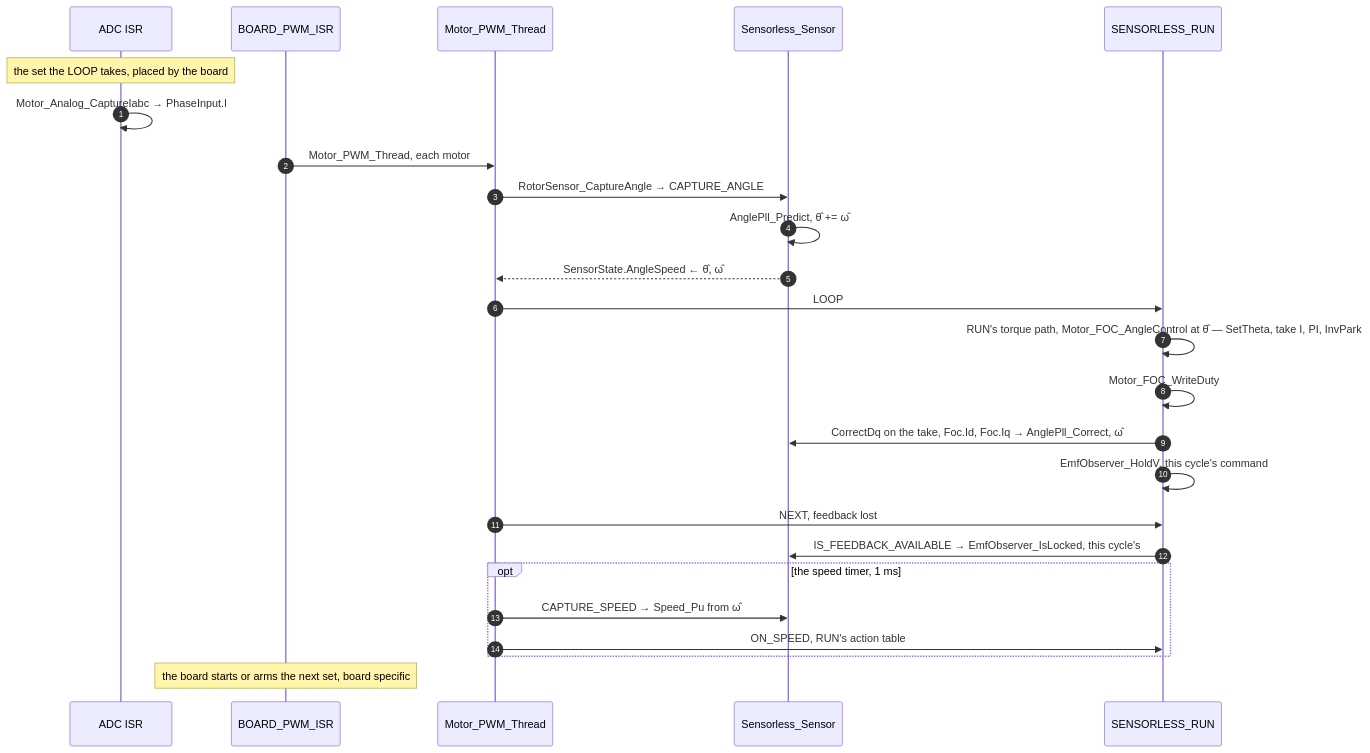
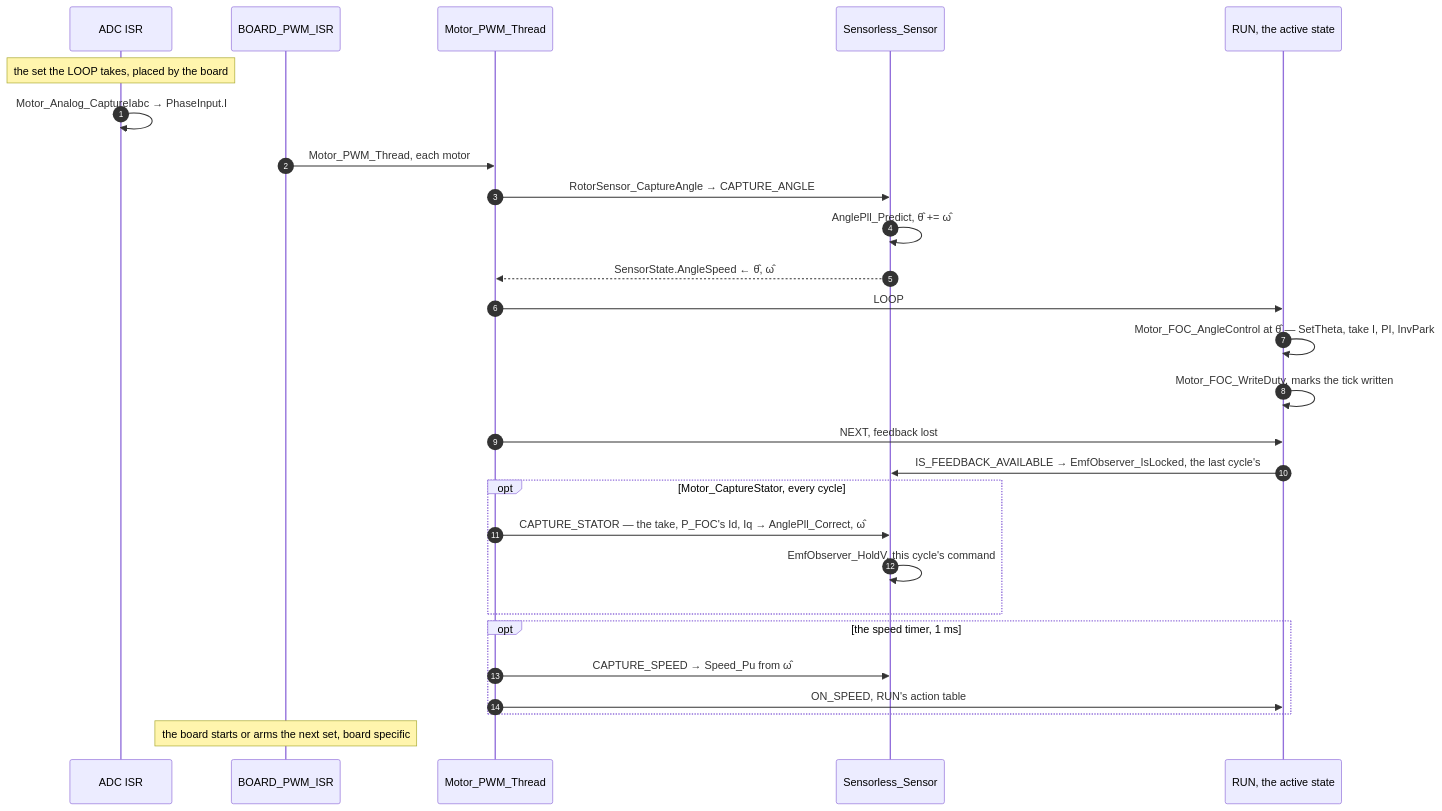
Before and after one commit to FireSourcery/FireSourcery_Library: the third of 9 diagrams in Motor/Docs/Sensorless.md, drawn with Mermaid. The commit also changed other lines of this file and 25 other files, not shown here.

````diff
--- a/Motor/Docs/Sensorless.md
+++ b/Motor/Docs/Sensorless.md
@@ -172,28 +172,30 @@
 ```mermaid
 sequenceDiagram
     autonumber
     participant ADC as ADC ISR
     participant ISR as BOARD_PWM_ISR
     participant Thr as Motor_PWM_Thread
     participant Sen as Sensorless_Sensor
-    participant St as SENSORLESS_RUN
+    participant St as RUN, the active state
 
     Note over ADC: the set the LOOP takes, placed by the board
     ADC->>ADC: Motor_Analog_CaptureIabc → PhaseInput.I
     ISR->>Thr: Motor_PWM_Thread, each motor
     Thr->>Sen: RotorSensor_CaptureAngle → CAPTURE_ANGLE
     Sen->>Sen: AnglePll_Predict, θ̂ += ω̂
     Sen-->>Thr: SensorState.AngleSpeed ← θ̂, ω̂
     Thr->>St: LOOP
-    St->>St: RUN's torque path, Motor_FOC_AngleControl at θ̂ — SetTheta, take I, PI, InvPark
-    St->>St: Motor_FOC_WriteDuty
-    St->>Sen: CorrectDq on the take, Foc.Id, Foc.Iq → AnglePll_Correct, ω̂
-    St->>St: EmfObserver_HoldV, this cycle's command
+    St->>St: Motor_FOC_AngleControl at θ̂ — SetTheta, take I, PI, InvPark
+    St->>St: Motor_FOC_WriteDuty, marks the tick written
     Thr->>St: NEXT, feedback lost
-    St->>Sen: IS_FEEDBACK_AVAILABLE → EmfObserver_IsLocked, this cycle's
+    St->>Sen: IS_FEEDBACK_AVAILABLE → EmfObserver_IsLocked, the last cycle's
+    opt Motor_CaptureStator, every cycle
+        Thr->>Sen: CAPTURE_STATOR — the take, P_FOC's Id, Iq → AnglePll_Correct, ω̂
+        Sen->>Sen: EmfObserver_HoldV, this cycle's command
+    end
     opt the speed timer, 1 ms
         Thr->>Sen: CAPTURE_SPEED → Speed_Pu from ω̂
         Thr->>St: ON_SPEED, RUN's action table
     end
     Note over ISR: the board starts or arms the next set, board specific
 ```
````
